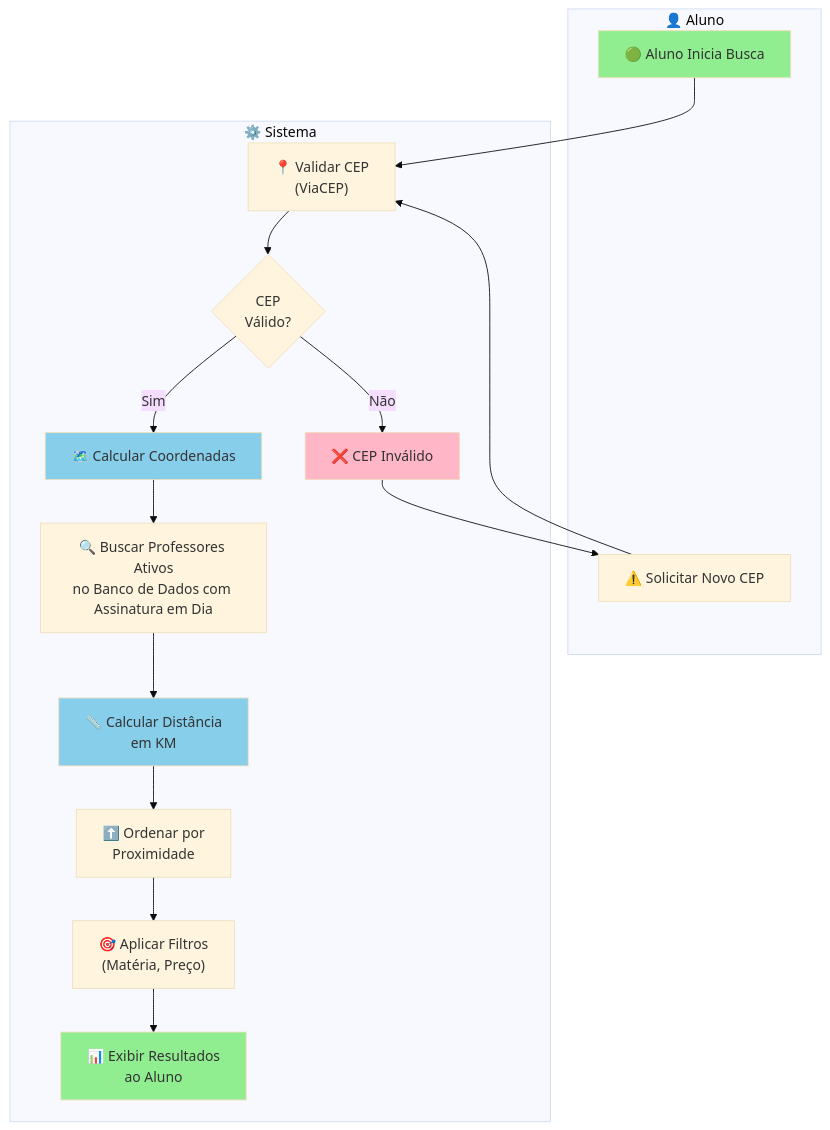
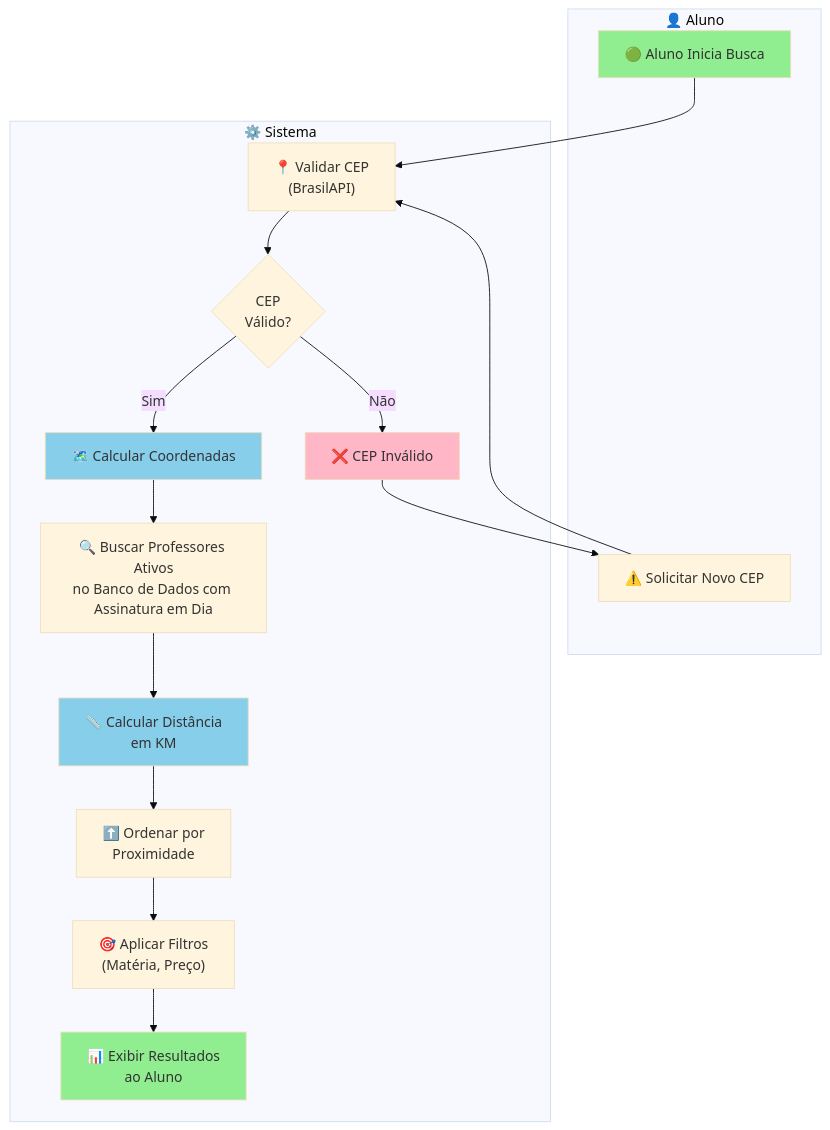
The third of 10 diagrams in BPMN_DIAGRAM.md (VictorHCSampaio/ConectaPro), drawn with Mermaid (base theme) before and after one commit. The commit also changed other lines of this file, not shown here.

Commit message:
Atualizar todas as referências de ViaCEP para BrasilAPI no diagrama BPMN

````diff
--- a/BPMN_DIAGRAM.md
+++ b/BPMN_DIAGRAM.md
@@ -123,37 +123,37 @@
 ```mermaid
 graph TD
     subgraph Aluno["👤 Aluno"]
         A["🟢 Aluno Inicia Busca"]
         F["⚠️ Solicitar Novo CEP"]
     end
 
     subgraph Sistema["⚙️ Sistema"]
-        B["📍 Validar CEP<br/>(ViaCEP)"]
+        B["📍 Validar CEP<br/>(BrasilAPI)"]
         C{CEP<br/>Válido?}
         D["🗺️ Calcular Coordenadas"]
         E["❌ CEP Inválido"]
         G["🔍 Buscar Professores Ativos<br/>no Banco de Dados com Assinatura em Dia"]
         H["📏 Calcular Distância<br/>em KM"]
         I["⬆️ Ordenar por<br/>Proximidade"]
         J["🎯 Aplicar Filtros<br/>(Matéria, Preço)"]
         K["📊 Exibir Resultados<br/>ao Aluno"]
     end
 
     A --> B
     B --> C
     C -->|Sim| D
     C -->|Não| E
     E --> F
     F --> B
     D --> G
     G --> H
     H --> I
     I --> J
     J --> K
 
     style A fill:#90EE90
     style K fill:#90EE90
     style E fill:#FFB6C6
     style D fill:#87CEEB
     style H fill:#87CEEB
 ```
````
